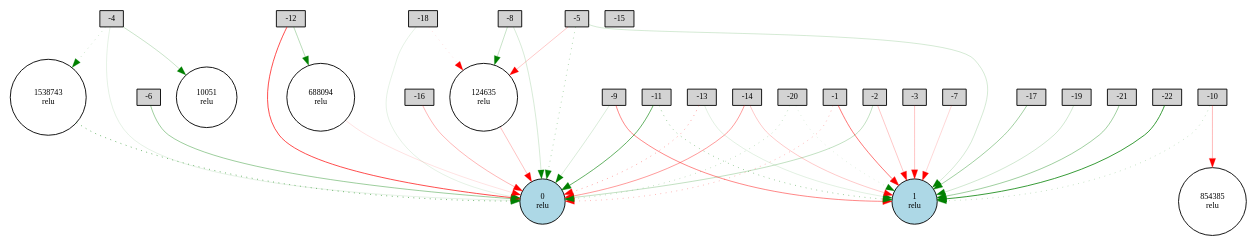
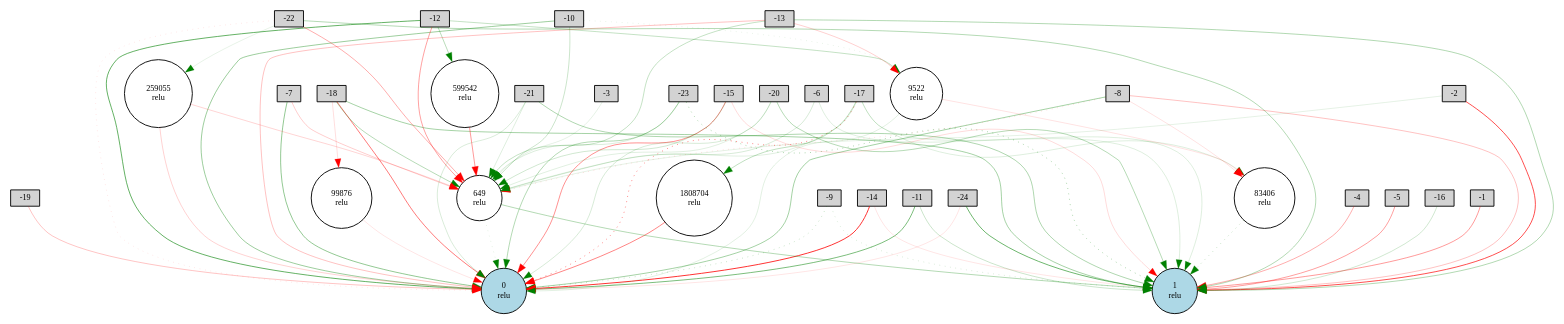
Before and after one commit to winatawelly/skripsi: the diagram in code/Digraph.gv, drawn with Graphviz. The commit also changed 38 other files, not shown here.

```diff
--- a/code/Digraph.gv
+++ b/code/Digraph.gv
@@ -1,78 +1,115 @@
 digraph {
 	node [fontsize=9 height=0.2 shape=circle width=0.2]
 	A [label=-1 fillcolor=lightgray shape=box style=filled]
 	B [label=-2 fillcolor=lightgray shape=box style=filled]
 	-3 [label=-3 fillcolor=lightgray shape=box style=filled]
 	-4 [label=-4 fillcolor=lightgray shape=box style=filled]
 	-5 [label=-5 fillcolor=lightgray shape=box style=filled]
 	-6 [label=-6 fillcolor=lightgray shape=box style=filled]
 	-7 [label=-7 fillcolor=lightgray shape=box style=filled]
 	-8 [label=-8 fillcolor=lightgray shape=box style=filled]
 	-9 [label=-9 fillcolor=lightgray shape=box style=filled]
 	-10 [label=-10 fillcolor=lightgray shape=box style=filled]
 	-11 [label=-11 fillcolor=lightgray shape=box style=filled]
 	-12 [label=-12 fillcolor=lightgray shape=box style=filled]
 	-13 [label=-13 fillcolor=lightgray shape=box style=filled]
 	-14 [label=-14 fillcolor=lightgray shape=box style=filled]
 	-15 [label=-15 fillcolor=lightgray shape=box style=filled]
 	-16 [label=-16 fillcolor=lightgray shape=box style=filled]
 	-17 [label=-17 fillcolor=lightgray shape=box style=filled]
 	-18 [label=-18 fillcolor=lightgray shape=box style=filled]
 	-19 [label=-19 fillcolor=lightgray shape=box style=filled]
 	-20 [label=-20 fillcolor=lightgray shape=box style=filled]
 	-21 [label=-21 fillcolor=lightgray shape=box style=filled]
 	-22 [label=-22 fillcolor=lightgray shape=box style=filled]
+	-23 [label=-23 fillcolor=lightgray shape=box style=filled]
+	-24 [label=-24 fillcolor=lightgray shape=box style=filled]
 	"A XOR B" [label="0
 relu" fillcolor=lightblue style=filled]
 	1 [label="1
 relu" fillcolor=lightblue style=filled]
-	10051 [label="10051
+	1808704 [label="1808704
 relu" fillcolor=white style=filled]
-	854385 [label="854385
+	99876 [label="99876
 relu" fillcolor=white style=filled]
-	1538743 [label="1538743
+	649 [label="649
 relu" fillcolor=white style=filled]
-	124635 [label="124635
+	83406 [label="83406
 relu" fillcolor=white style=filled]
-	688094 [label="688094
+	259055 [label="259055
 relu" fillcolor=white style=filled]
-	-20 -> "A XOR B" [color=green penwidth=0.27573611697682476 style=dotted]
-	-13 -> "A XOR B" [color=red penwidth=0.423797793093593 style=dotted]
-	-12 -> "A XOR B" [color=red penwidth=0.7666019499684178 style=solid]
-	B -> 1 [color=red penwidth=0.24885878086333357 style=solid]
-	-8 -> "A XOR B" [color=green penwidth=0.17946127278682966 style=solid]
-	-5 -> 1 [color=green penwidth=0.18850544234453998 style=solid]
-	A -> 1 [color=red penwidth=0.6026462844220042 style=solid]
-	-22 -> 1 [color=green penwidth=0.8597790269715105 style=solid]
-	-5 -> "A XOR B" [color=green penwidth=0.35603888375413484 style=dotted]
-	-16 -> "A XOR B" [color=red penwidth=0.31667024790855397 style=solid]
-	A -> "A XOR B" [color=red penwidth=0.33365123491782256 style=dotted]
-	-6 -> "A XOR B" [color=green penwidth=0.4333768052174155 style=solid]
-	-14 -> 1 [color=red penwidth=0.23969772222224697 style=solid]
-	-10 -> 1 [color=green penwidth=0.2653563726324544 style=dotted]
-	-7 -> 1 [color=red penwidth=0.17738967023410668 style=solid]
-	-9 -> "A XOR B" [color=green penwidth=0.16692269747354274 style=solid]
-	B -> "A XOR B" [color=green penwidth=0.2736595516165684 style=solid]
-	-11 -> "A XOR B" [color=green penwidth=0.6683689777535323 style=solid]
-	-14 -> "A XOR B" [color=red penwidth=0.44096921309904213 style=solid]
-	-3 -> 1 [color=red penwidth=0.2618062791863026 style=solid]
-	-4 -> "A XOR B" [color=green penwidth=0.11510340903304785 style=solid]
-	-9 -> 1 [color=red penwidth=0.5249096726412488 style=solid]
-	-20 -> 1 [color=green penwidth=0.1600938634666329 style=dotted]
-	-19 -> 1 [color=green penwidth=0.21111005387739668 style=solid]
-	-17 -> 1 [color=green penwidth=0.40932281789636105 style=solid]
-	-13 -> 1 [color=green penwidth=0.12928582403235273 style=solid]
-	-18 -> "A XOR B" [color=green penwidth=0.11817206930077209 style=solid]
-	-11 -> 1 [color=green penwidth=0.455888779568989 style=dotted]
-	-4 -> 10051 [color=green penwidth=0.23693271200788366 style=solid]
-	-21 -> 1 [color=green penwidth=0.42375845473337614 style=solid]
-	-8 -> 124635 [color=green penwidth=0.2543585014480717 style=solid]
-	124635 -> "A XOR B" [color=red penwidth=0.27129834224793226 style=solid]
-	-12 -> 688094 [color=green penwidth=0.31319863596433895 style=solid]
-	688094 -> "A XOR B" [color=red penwidth=0.13320183955867232 style=solid]
-	-10 -> 854385 [color=red penwidth=0.31157940958201247 style=solid]
-	-4 -> 1538743 [color=green penwidth=0.25009188426635454 style=dotted]
-	1538743 -> "A XOR B" [color=green penwidth=0.6473139586434512 style=dotted]
-	-5 -> 124635 [color=red penwidth=0.24024399677290753 style=solid]
-	-18 -> 124635 [color=red penwidth=0.15868084434145716 style=dotted]
+	9522 [label="9522
+relu" fillcolor=white style=filled]
+	599542 [label="599542
+relu" fillcolor=white style=filled]
+	-21 -> 649 [color=green penwidth=0.14506941235660412 style=solid]
+	-22 -> 1 [color=green penwidth=0.33389348507887445 style=solid]
+	-11 -> "A XOR B" [color=green penwidth=0.5654447482108419 style=solid]
+	-14 -> "A XOR B" [color=red penwidth=0.8825438023889247 style=solid]
+	-9 -> 1 [color=green penwidth=0.17687250367851853 style=dotted]
+	-9 -> "A XOR B" [color=green penwidth=0.24639427343737805 style=dotted]
+	-18 -> 1 [color=green penwidth=0.3929135590567112 style=solid]
+	-13 -> 1 [color=green penwidth=0.3366730593548203 style=solid]
+	-21 -> 1 [color=green penwidth=0.3460967053146694 style=solid]
+	-17 -> 1 [color=green penwidth=0.15265487513072845 style=solid]
+	-15 -> 649 [color=green penwidth=0.20713630906593344 style=solid]
+	-22 -> 649 [color=red penwidth=0.36357598096493426 style=solid]
+	-4 -> 1 [color=red penwidth=0.3643010642721327 style=solid]
+	-13 -> "A XOR B" [color=red penwidth=0.26512994814084745 style=solid]
+	A -> 1 [color=red penwidth=0.4381938522580636 style=solid]
+	-5 -> 1 [color=red penwidth=0.4177401340013098 style=solid]
+	-7 -> 649 [color=red penwidth=0.2170825182231309 style=solid]
+	-10 -> "A XOR B" [color=green penwidth=0.4292811491711376 style=solid]
+	-23 -> "A XOR B" [color=green penwidth=0.33438520807246985 style=solid]
+	B -> 649 [color=green penwidth=0.11555213233016817 style=solid]
+	-14 -> 1 [color=red penwidth=0.11970058341114445 style=solid]
+	B -> 1 [color=red penwidth=0.7600927421200248 style=solid]
+	-20 -> "A XOR B" [color=green penwidth=0.17856573360159403 style=solid]
+	-18 -> 649 [color=green penwidth=0.3233138553183028 style=solid]
+	-12 -> "A XOR B" [color=green penwidth=0.6739179983054716 style=solid]
+	-13 -> 649 [color=green penwidth=0.255665670087564 style=solid]
+	-6 -> 1 [color=green penwidth=0.1469101838583104 style=solid]
+	649 -> 1 [color=green penwidth=0.32767240116229224 style=solid]
+	-19 -> "A XOR B" [color=red penwidth=0.26466218563317767 style=solid]
+	-7 -> "A XOR B" [color=green penwidth=0.4719575387963215 style=solid]
+	-11 -> 1 [color=green penwidth=0.22885131911423226 style=solid]
+	-8 -> 1 [color=red penwidth=0.27439100057809235 style=solid]
+	-15 -> 1 [color=red penwidth=0.16420359474452875 style=solid]
+	-21 -> "A XOR B" [color=green penwidth=0.16763089080982974 style=solid]
+	-24 -> "A XOR B" [color=red penwidth=0.12097955068742854 style=solid]
+	-12 -> 649 [color=red penwidth=0.4057971211143624 style=solid]
+	-16 -> 1 [color=green penwidth=0.21320252154049615 style=solid]
+	-20 -> 1 [color=green penwidth=0.322792339873576 style=solid]
+	-17 -> 649 [color=green penwidth=0.14440564616582774 style=solid]
+	-23 -> 1 [color=green penwidth=0.3849110881971598 style=dotted]
+	-10 -> 649 [color=green penwidth=0.22978498847371642 style=solid]
+	-20 -> 649 [color=green penwidth=0.13656046013763765 style=solid]
+	-15 -> "A XOR B" [color=red penwidth=0.4786031592581559 style=solid]
+	-18 -> "A XOR B" [color=red penwidth=0.5787154434241303 style=solid]
+	-22 -> "A XOR B" [color=red penwidth=0.1248797869237182 style=dotted]
+	-17 -> "A XOR B" [color=red penwidth=0.5512186518528703 style=dotted]
+	-23 -> 649 [color=green penwidth=0.15577697575251703 style=solid]
+	-6 -> 649 [color=green penwidth=0.1761846899268979 style=solid]
+	-8 -> "A XOR B" [color=green penwidth=0.39550156783758106 style=solid]
+	-24 -> 1 [color=green penwidth=0.628825519025821 style=solid]
+	-8 -> 649 [color=red penwidth=0.15064744487963078 style=dotted]
+	649 -> "A XOR B" [color=green penwidth=0.12895009486472922 style=dotted]
+	-12 -> 9522 [color=green penwidth=0.26476375115854944 style=solid]
+	9522 -> "A XOR B" [color=green penwidth=0.1254142400805556 style=solid]
+	-8 -> 83406 [color=red penwidth=0.12935818324619358 style=solid]
+	83406 -> 1 [color=green penwidth=0.2879764072435332 style=dotted]
+	-10 -> 9522 [color=green penwidth=0.10637771824163539 style=dotted]
+	-18 -> 99876 [color=red penwidth=0.15091262202398487 style=solid]
+	99876 -> "A XOR B" [color=red penwidth=0.12346200740483754 style=solid]
+	-13 -> 9522 [color=red penwidth=0.20926598251280965 style=solid]
+	-3 -> 649 [color=green penwidth=0.11674705135408056 style=solid]
+	-22 -> 259055 [color=green penwidth=0.11255687625884539 style=solid]
+	259055 -> "A XOR B" [color=red penwidth=0.1982051319209206 style=solid]
+	-17 -> 83406 [color=green penwidth=0.1530432985505793 style=solid]
+	259055 -> 649 [color=red penwidth=0.19178446402490412 style=solid]
+	-12 -> 599542 [color=green penwidth=0.31488785557188625 style=solid]
+	599542 -> 649 [color=red penwidth=0.4433598733492672 style=solid]
+	9522 -> 83406 [color=red penwidth=0.12688855641891936 style=solid]
+	-17 -> 1808704 [color=green penwidth=0.2841333430026718 style=solid]
+	1808704 -> "A XOR B" [color=red penwidth=0.5307159575481717 style=solid]
 }
```
